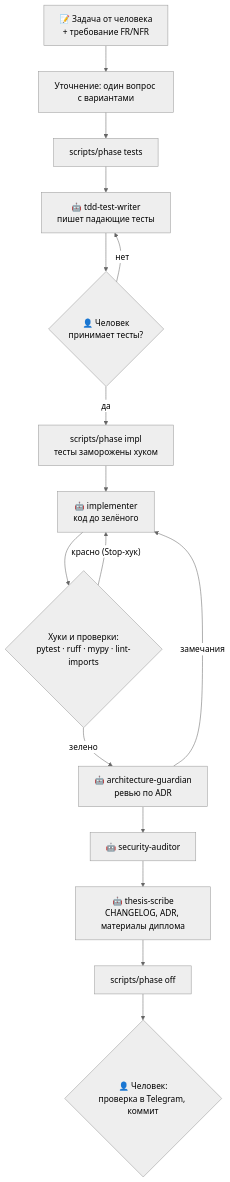
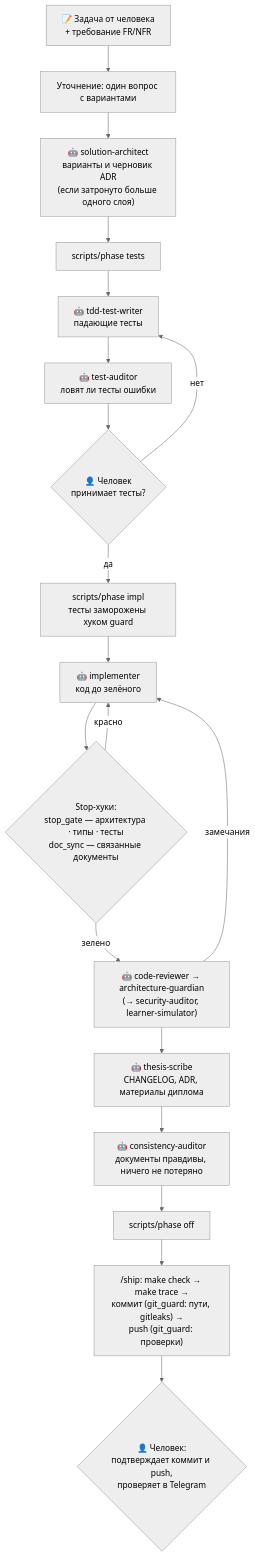
Before and after one commit to abdra04-gif/muallim: the diagram in docs/architecture/diagrams/06-agent-loop.mmd, drawn with Mermaid (neutral theme). The commit also changed 18 other files, not shown here.

First line of the commit message:
harness: сверка документов с кодом и безопасные коммиты — doc_sync, git_guard, /ship

```diff
--- a/docs/architecture/diagrams/06-agent-loop.mmd
+++ b/docs/architecture/diagrams/06-agent-loop.mmd
@@ -1,17 +1,20 @@
-%% Цикл разработки с ИИ-агентами (agent harness loop), ADR-0012.
+%% Цикл разработки с ИИ-агентами (agent harness loop): ADR-0012, ADR-0034, ADR-0039.
 flowchart TB
     task["📝 Задача от человека<br/>+ требование FR/NFR"] --> spec["Уточнение: один вопрос с вариантами"]
-    spec --> phT["scripts/phase tests"]
-    phT --> tw["🤖 tdd-test-writer<br/>пишет падающие тесты"]
-    tw --> human1{"👤 Человек<br/>принимает тесты?"}
+    spec --> sa["🤖 solution-architect<br/>варианты и черновик ADR<br/>(если затронуто больше одного слоя)"]
+    sa --> phT["scripts/phase tests"]
+    phT --> tw["🤖 tdd-test-writer<br/>падающие тесты"]
+    tw --> ta["🤖 test-auditor<br/>ловят ли тесты ошибки"]
+    ta --> human1{"👤 Человек<br/>принимает тесты?"}
     human1 -- нет --> tw
-    human1 -- да --> phI["scripts/phase impl<br/>тесты заморожены хуком"]
+    human1 -- да --> phI["scripts/phase impl<br/>тесты заморожены хуком guard"]
     phI --> impl["🤖 implementer<br/>код до зелёного"]
-    impl --> gates{"Хуки и проверки:<br/>pytest · ruff · mypy · lint-imports"}
-    gates -- "красно (Stop-хук)" --> impl
-    gates -- зелено --> arch["🤖 architecture-guardian<br/>ревью по ADR"]
-    arch -- замечания --> impl
-    arch --> sec["🤖 security-auditor"]
-    sec --> scribe["🤖 thesis-scribe<br/>CHANGELOG, ADR, материалы диплома"]
-    scribe --> phO["scripts/phase off"]
-    phO --> human2{"👤 Человек:<br/>проверка в Telegram, коммит"}
+    impl --> gates{"Stop-хуки:<br/>stop_gate — архитектура · типы · тесты<br/>doc_sync — связанные документы"}
+    gates -- красно --> impl
+    gates -- зелено --> cr["🤖 code-reviewer → architecture-guardian<br/>(→ security-auditor, learner-simulator)"]
+    cr -- замечания --> impl
+    cr --> scribe["🤖 thesis-scribe<br/>CHANGELOG, ADR, материалы диплома"]
+    scribe --> ca["🤖 consistency-auditor<br/>документы правдивы, ничего не потеряно"]
+    ca --> phO["scripts/phase off"]
+    phO --> ship["/ship: make check → make trace →<br/>коммит (git_guard: пути, gitleaks) →<br/>push (git_guard: проверки)"]
+    ship --> human2{"👤 Человек:<br/>подтверждает коммит и push,<br/>проверяет в Telegram"}
```
